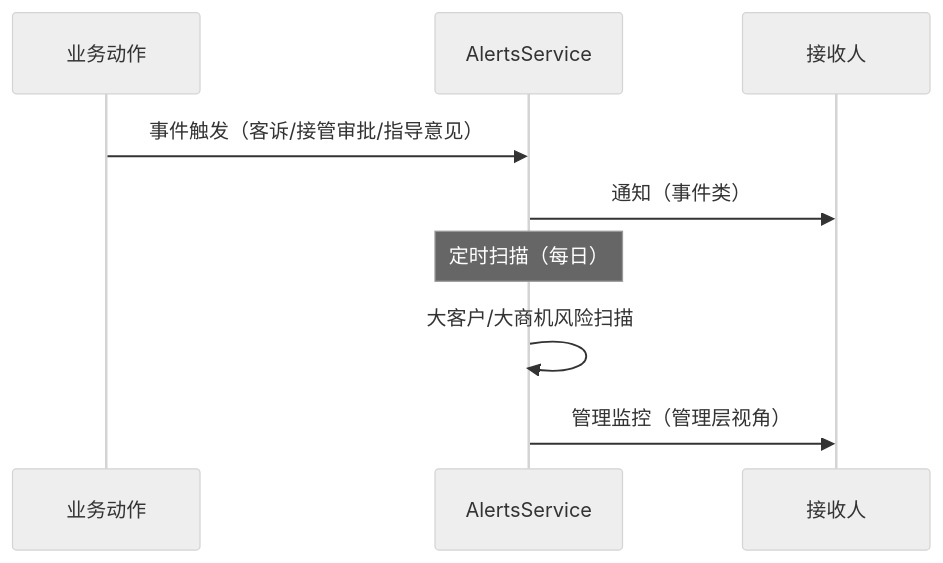
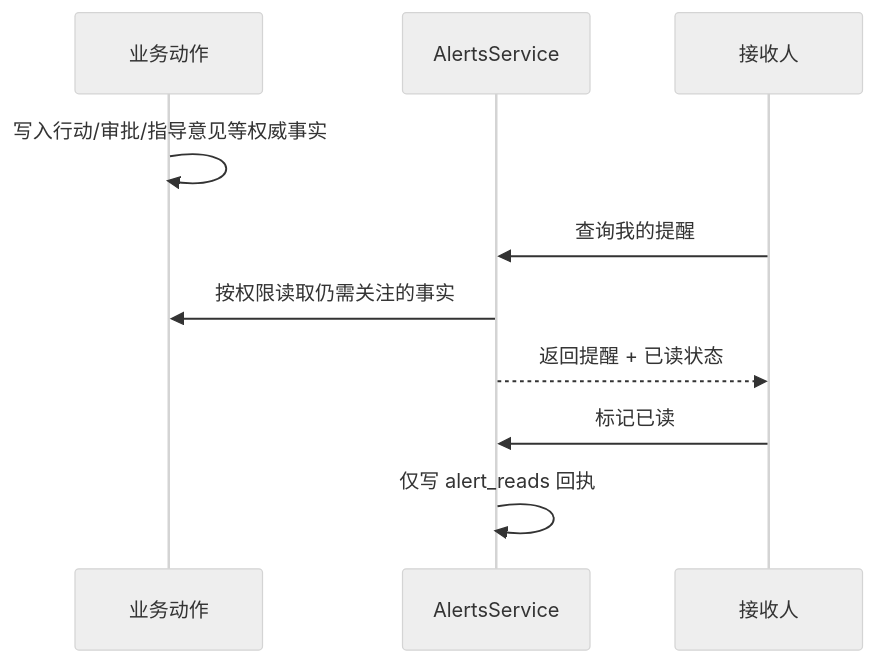
Diagram 25 of 26 in docs/01-当前有效/重构架构决策与实施蓝图.md (lixiname/LITECRM), drawn with Mermaid (neutral theme) before and after one commit. The commit also changed other lines of this file and 56 other files, not shown here.

````diff
--- a/docs/01-当前有效/重构架构决策与实施蓝图.md
+++ b/docs/01-当前有效/重构架构决策与实施蓝图.md
@@ -1483,11 +1483,12 @@
 ```mermaid
 sequenceDiagram
     participant B as 业务动作
     participant A as AlertsService
     participant R as 接收人
-    B->>A: 事件触发（客诉/接管审批/指导意见）
-    A->>R: 通知（事件类）
-    Note over A: 定时扫描（每日）
-    A->>A: 大客户/大商机风险扫描
-    A->>R: 管理监控（管理层视角）
+    B->>B: 写入行动/审批/指导意见等权威事实
+    R->>A: 查询我的提醒
+    A->>B: 按权限读取仍需关注的事实
+    A-->>R: 返回提醒 + 已读状态
+    R->>A: 标记已读
+    A->>A: 仅写 alert_reads 回执
 ```
````
